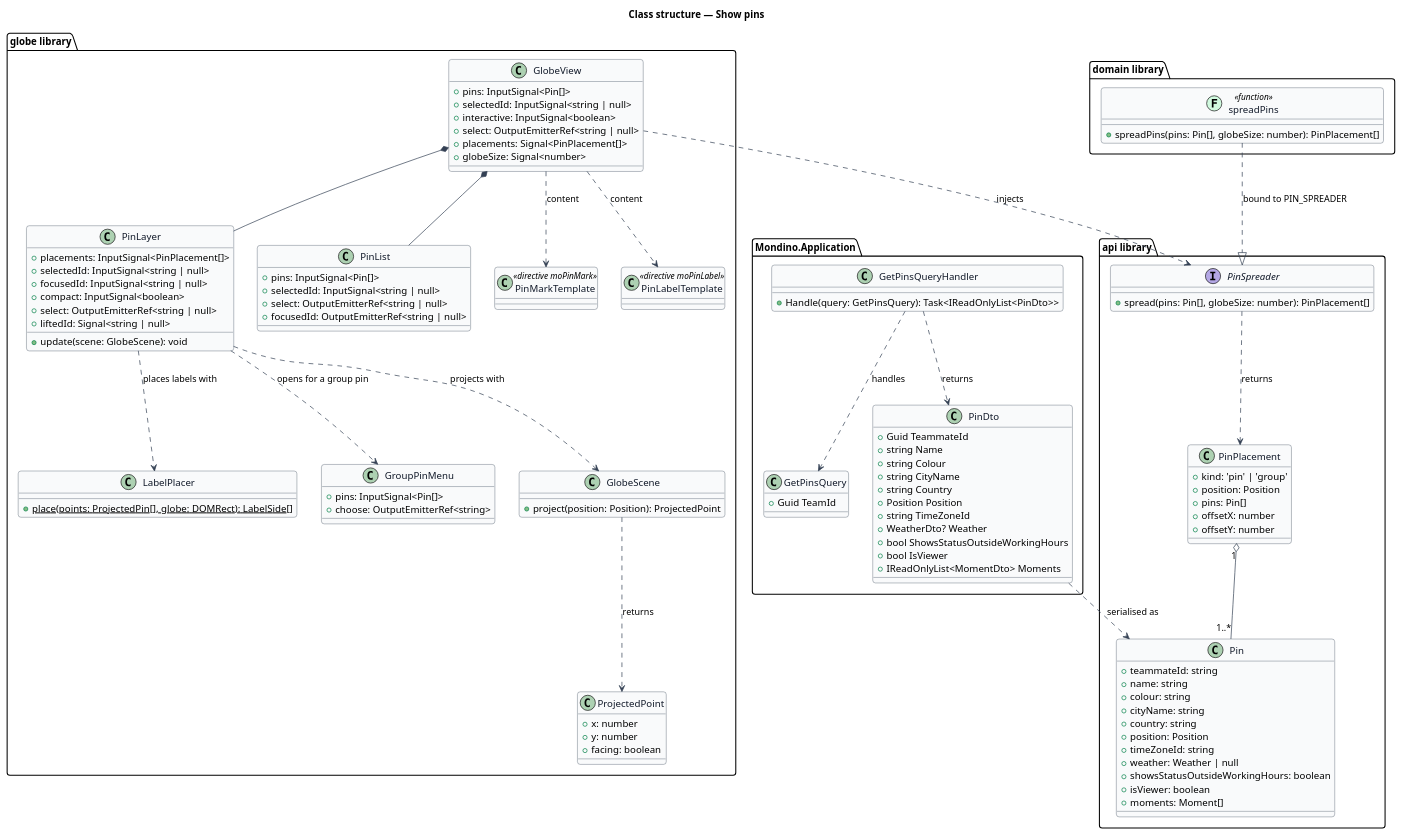
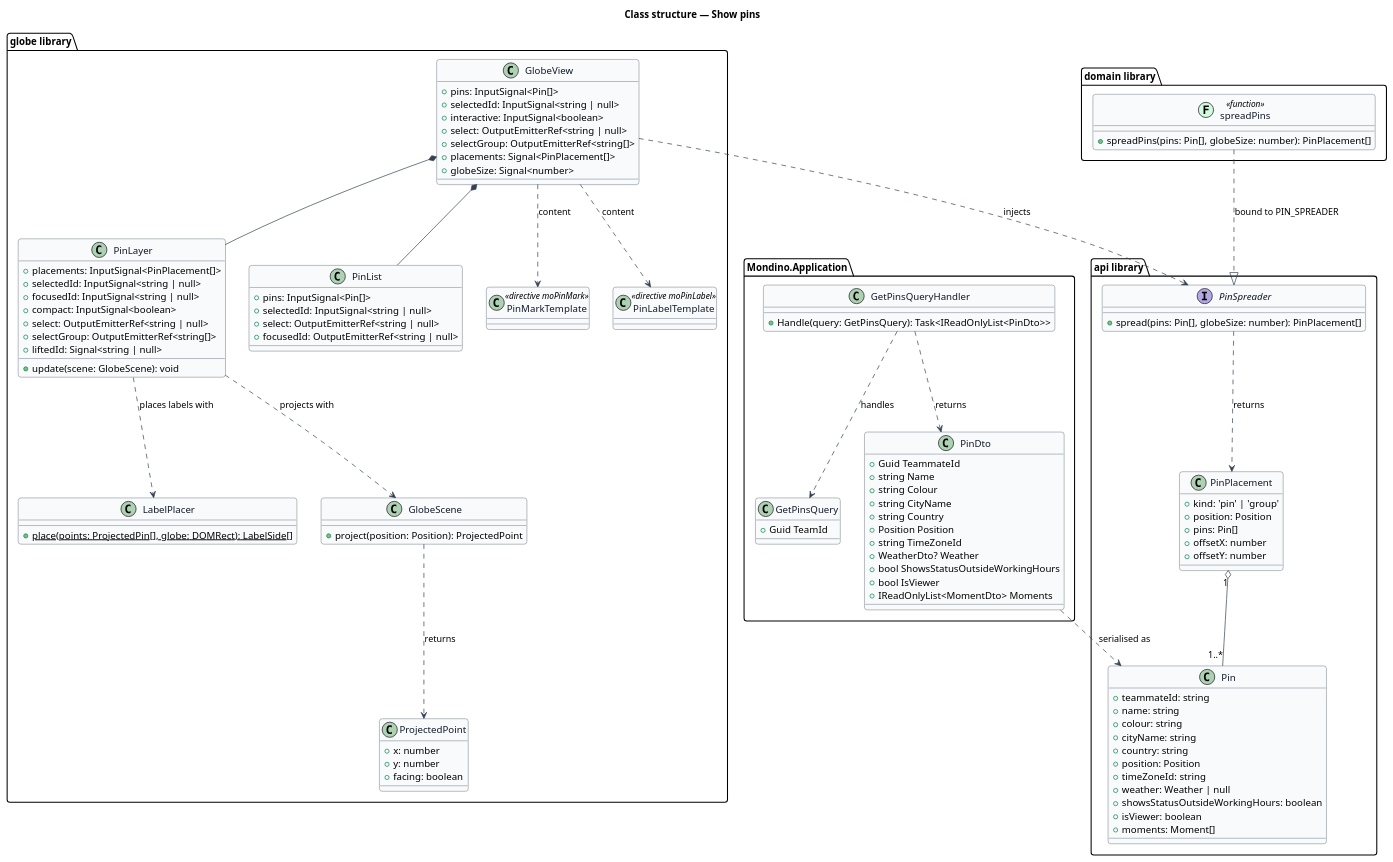
Before and after one commit to QuinntyneBrown/Mondino: the diagram in docs/detailed-designs/globe/show-pins/diagrams/class-structure.puml, drawn with PlantUML. The commit also changed 7 other files, not shown here.

```diff
--- a/docs/detailed-designs/globe/show-pins/diagrams/class-structure.puml
+++ b/docs/detailed-designs/globe/show-pins/diagrams/class-structure.puml
@@ -1,127 +1,124 @@
 @startuml
 skinparam backgroundColor #FFFFFF
 skinparam shadowing false
 skinparam roundcorner 8
 skinparam defaultFontName Arial
 skinparam ArrowColor #344054
 skinparam class {
   BorderColor #344054
   FontColor #101828
   BackgroundColor #F9FAFB
 }
 title Class structure — Show pins
 set separator none
 
 package "api library" {
   class Pin {
     +teammateId: string
     +name: string
     +colour: string
     +cityName: string
     +country: string
     +position: Position
     +timeZoneId: string
     +weather: Weather | null
     +showsStatusOutsideWorkingHours: boolean
     +isViewer: boolean
     +moments: Moment[]
   }
   class PinPlacement {
     +kind: 'pin' | 'group'
     +position: Position
     +pins: Pin[]
     +offsetX: number
     +offsetY: number
   }
   interface PinSpreader {
     +spread(pins: Pin[], globeSize: number): PinPlacement[]
   }
 }
 
 package "domain library" {
   class "spreadPins" as spreadPins << (F,#D1FADF) function >> {
     +spreadPins(pins: Pin[], globeSize: number): PinPlacement[]
   }
 }
 
 package "globe library" {
   class GlobeView {
     +pins: InputSignal<Pin[]>
     +selectedId: InputSignal<string | null>
     +interactive: InputSignal<boolean>
     +select: OutputEmitterRef<string | null>
+    +selectGroup: OutputEmitterRef<string[]>
     +placements: Signal<PinPlacement[]>
     +globeSize: Signal<number>
   }
   class PinLayer {
     +placements: InputSignal<PinPlacement[]>
     +selectedId: InputSignal<string | null>
     +focusedId: InputSignal<string | null>
     +compact: InputSignal<boolean>
     +select: OutputEmitterRef<string | null>
+    +selectGroup: OutputEmitterRef<string[]>
     +liftedId: Signal<string | null>
     +update(scene: GlobeScene): void
   }
   class PinList {
     +pins: InputSignal<Pin[]>
     +selectedId: InputSignal<string | null>
     +select: OutputEmitterRef<string | null>
     +focusedId: OutputEmitterRef<string | null>
   }
   class LabelPlacer {
     {static} +place(points: ProjectedPin[], globe: DOMRect): LabelSide[]
-  }
-  class GroupPinMenu {
-    +pins: InputSignal<Pin[]>
-    +choose: OutputEmitterRef<string>
   }
   class PinMarkTemplate << directive moPinMark >>
   class PinLabelTemplate << directive moPinLabel >>
   class GlobeScene {
     +project(position: Position): ProjectedPoint
   }
   class ProjectedPoint {
     +x: number
     +y: number
     +facing: boolean
   }
 }
 
 package "Mondino.Application" {
   class GetPinsQuery {
     +Guid TeamId
   }
   class GetPinsQueryHandler {
     +Handle(query: GetPinsQuery): Task<IReadOnlyList<PinDto>>
   }
   class PinDto {
     +Guid TeammateId
     +string Name
     +string Colour
     +string CityName
     +string Country
     +Position Position
     +string TimeZoneId
     +WeatherDto? Weather
     +bool ShowsStatusOutsideWorkingHours
     +bool IsViewer
     +IReadOnlyList<MomentDto> Moments
   }
 }
 
 spreadPins ..|> PinSpreader : bound to PIN_SPREADER
 PinSpreader ..> PinPlacement : returns
 PinPlacement "1" o-- "1..*" Pin
 GlobeView ..> PinSpreader : injects
 GlobeView *-- PinLayer
 GlobeView *-- PinList
 GlobeView ..> PinMarkTemplate : content
 GlobeView ..> PinLabelTemplate : content
 PinLayer ..> LabelPlacer : places labels with
-PinLayer ..> GroupPinMenu : opens for a group pin
 PinLayer ..> GlobeScene : projects with
 GlobeScene ..> ProjectedPoint : returns
 GetPinsQueryHandler ..> GetPinsQuery : handles
 GetPinsQueryHandler ..> PinDto : returns
 PinDto ..> Pin : serialised as
 @enduml
```
